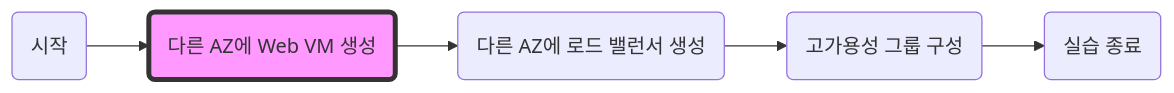
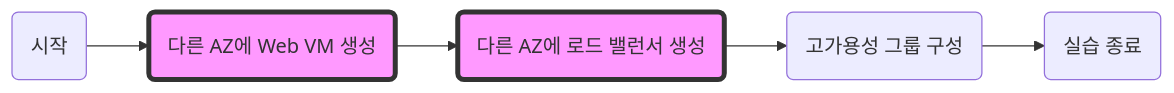
One commit to leekanghee4/-kakaocloud-edu changed the diagram in EssentialBasicCourse/PracticalTextbook/Lab07.md. Above: the diagram before and after it, drawn with Mermaid.

Commit message:
ㅇㅇㅇ

````diff
--- a/EssentialBasicCourse/PracticalTextbook/Lab07.md
+++ b/EssentialBasicCourse/PracticalTextbook/Lab07.md
@@ -5,13 +5,13 @@
 ```mermaid
 graph LR
     시작(시작) --> VM생성(다른 AZ에 Web VM 생성)
     VM생성--> LB생성(다른 AZ에 로드 밸런서 생성)
     LB생성--> HA구성(고가용성 그룹 구성)
     HA구성 --> 종료(실습 종료)
     
     %% 강조
-    class VM생성,파일업로드,파일접근,권한설정,LifeCycle설정,버킷삭제 emphasized;
+    class VM생성,LB생성,파일접근,권한설정,LifeCycle설정,버킷삭제 emphasized;
     %% 클래스 스타일
     classDef emphasized fill:#f9f,stroke:#333,stroke-width:4px;
     
 ```
````
